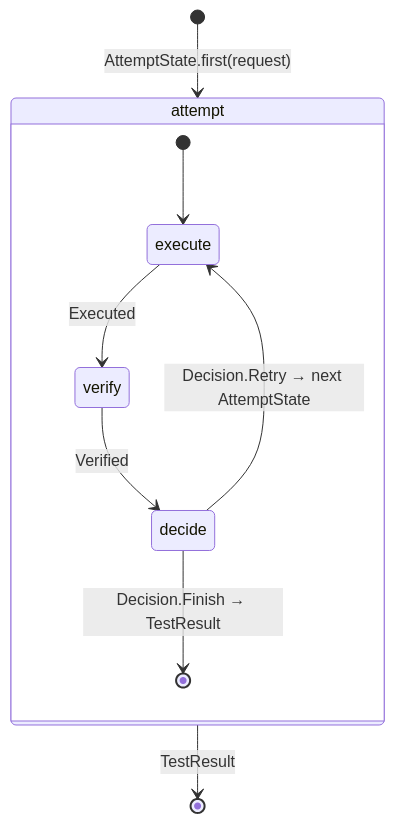
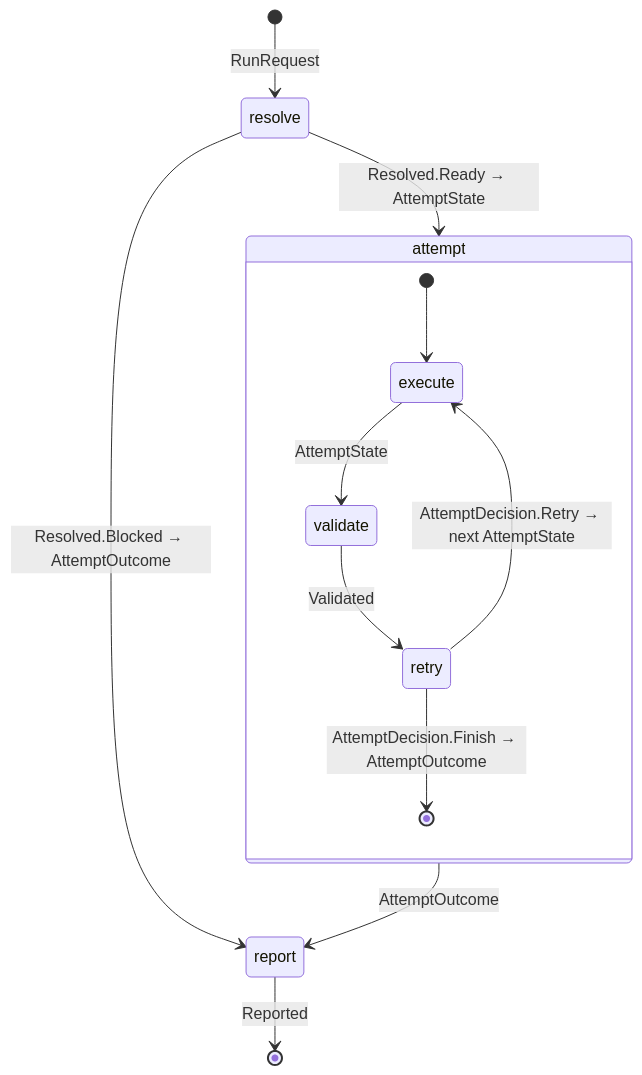
The second of 3 diagrams in README.md (inetand/kotlinfest2026-koog-e2e), drawn with Mermaid before and after one commit. The commit also changed other lines of this file, not shown here.

````diff
--- a/README.md
+++ b/README.md
@@ -109,12 +173,15 @@
 ```mermaid
 stateDiagram-v2
-    [*] --> attempt : AttemptState.first(request)
+    [*] --> resolve : RunRequest
+    resolve --> attempt : Resolved.Ready → AttemptState
+    resolve --> report : Resolved.Blocked → AttemptOutcome
     state attempt {
         [*] --> execute
-        execute --> verify : Executed
-        verify --> decide : Verified
-        decide --> execute : Decision.Retry → next AttemptState
-        decide --> [*] : Decision.Finish → TestResult
+        execute --> validate : AttemptState
+        validate --> retry : Validated
+        retry --> execute : AttemptDecision.Retry → next AttemptState
+        retry --> [*] : AttemptDecision.Finish → AttemptOutcome
     }
-    attempt --> [*] : TestResult
+    attempt --> report : AttemptOutcome
+    report --> [*] : Reported
 ```
````
